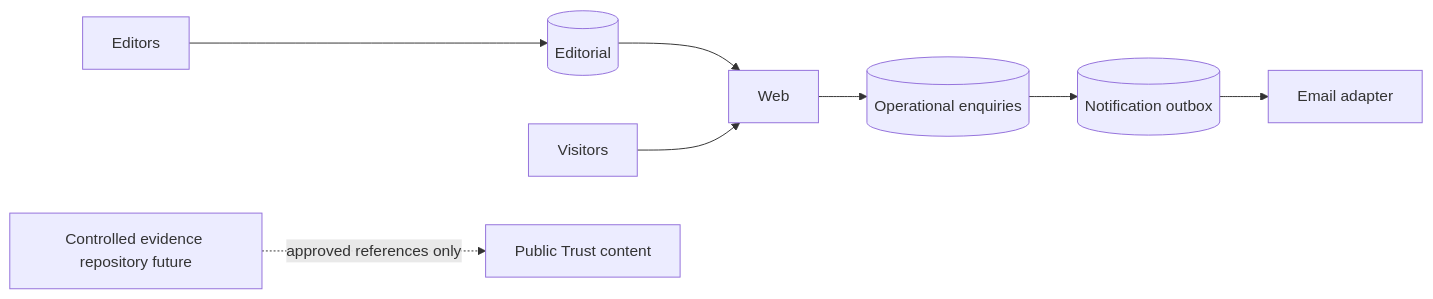
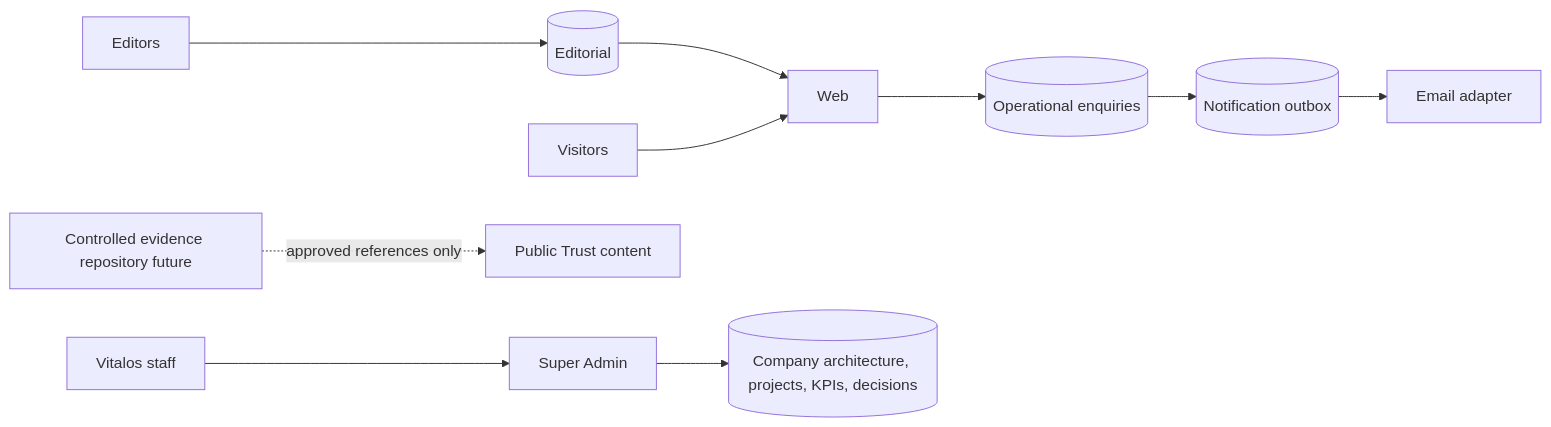
The diagram in docs/architecture/data-ownership.md (Isaacpyo/vitalos-platform), drawn with Mermaid before and after one commit. The commit also changed other lines of this file and 6 other files, not shown here.

First line of the commit message:
docs: record ADR-016 for the Django Super Admin and update architecture docs

````diff
--- a/docs/architecture/data-ownership.md
+++ b/docs/architecture/data-ownership.md
@@ -3,7 +3,8 @@
 ```mermaid
 flowchart LR
 Editors --> Sanity[(Editorial)] --> Web
 Visitors --> Web --> Enquiries[(Operational enquiries)]
 Enquiries --> Outbox[(Notification outbox)] --> Email[Email adapter]
 Evidence[Controlled evidence repository future] -. approved references only .-> Trust[Public Trust content]
+Staff[Vitalos staff] --> SuperAdmin[Super Admin] --> Architecture[(Company architecture, projects, KPIs, decisions)]
 ```
````
